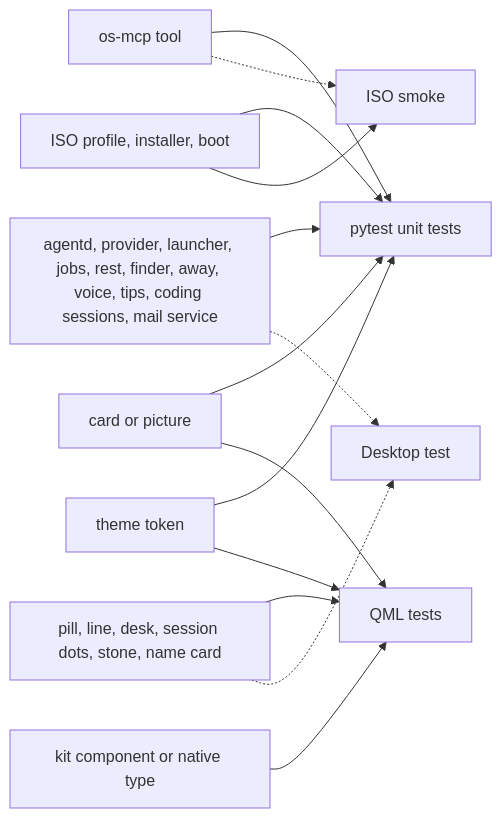
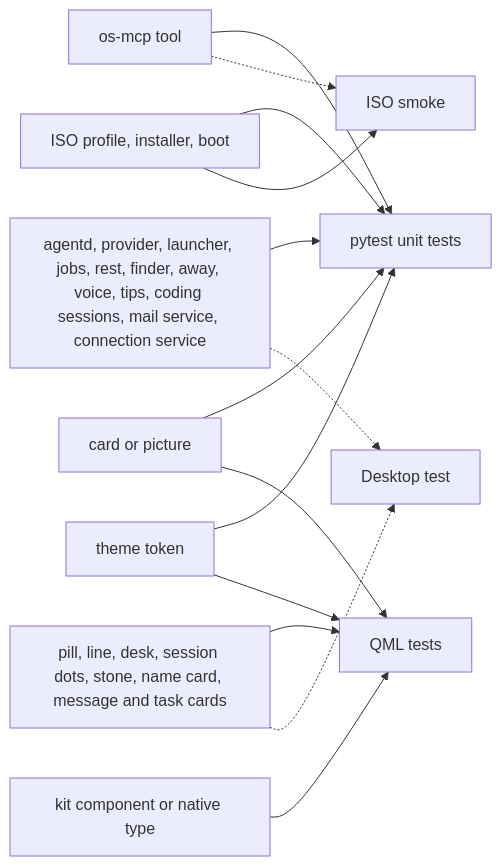
The second of 2 diagrams in docs/contributing/development.md (thedefaultman/Bombadil), drawn with Mermaid before and after one commit. The commit also changed other lines of this file and 14 other files, not shown here.

First line of the commit message:
docs: image and testing pages, UX flows, reference, security model, glossary, forking guide and briefs updated for messages and connections

````diff
--- a/docs/contributing/development.md
+++ b/docs/contributing/development.md
@@ -225,16 +275,16 @@
 ```mermaid
 flowchart LR
-    c1["agentd, provider, launcher, jobs, rest, finder, away, voice, tips, coding sessions, mail service"] --> U["pytest unit tests"]
+    c1["agentd, provider, launcher, jobs, rest, finder, away, voice, tips, coding sessions, mail service, connection service"] --> U["pytest unit tests"]
     c2["os-mcp tool"] --> U
     c3["card or picture"] --> U
     c3 --> Q["QML tests"]
     c4["kit component or native type"] --> Q
-    c5["pill, line, desk, session dots, stone, name card"] --> Q
+    c5["pill, line, desk, session dots, stone, name card, message and task cards"] --> Q
     c6["theme token"] --> U
     c6 --> Q
     c7["ISO profile, installer, boot"] --> U
     c7 --> S["ISO smoke"]
     c1 -.-> D["Desktop test"]
     c5 -.-> D
     c2 -.-> S
 ```
````
